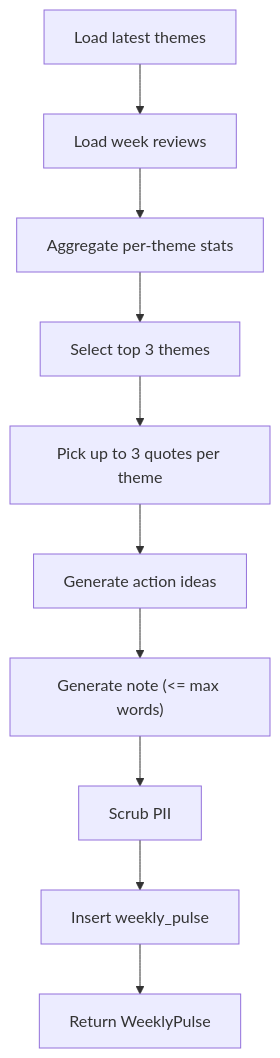
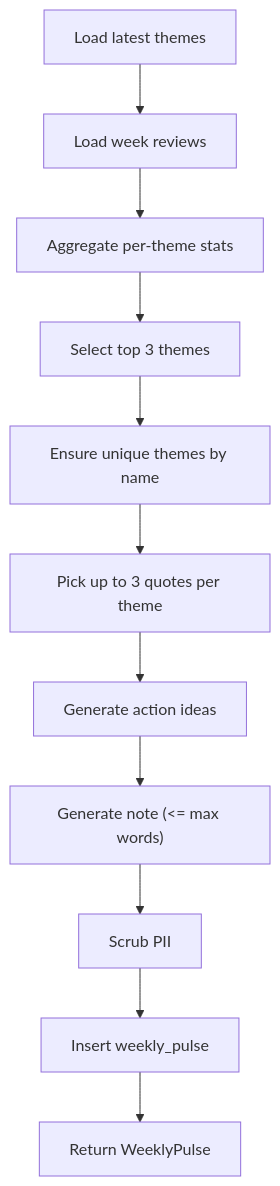
The fifth of 8 diagrams in .qoder/repowiki/en/content/Phase 2_ Advanced Analytics & Automation/Theme Generation & Management.md (aravinthraj-ramalingam/Groww-App-Review-Insights-Analyzer-), drawn with Mermaid before and after one commit. The commit also changed other lines of this file and 5 other files, not shown here.

````diff
--- a/.qoder/repowiki/en/content/Phase 2_ Advanced Analytics & Automation/Theme Generation & Management.md
+++ b/.qoder/repowiki/en/content/Phase 2_ Advanced Analytics & Automation/Theme Generation & Management.md
@@ -280,12 +303,13 @@
 ```mermaid
 flowchart TD
 A["Load latest themes"] --> B["Load week reviews"]
 B --> C["Aggregate per-theme stats"]
 C --> D["Select top 3 themes"]
-D --> E["Pick up to 3 quotes per theme"]
-E --> F["Generate action ideas"]
-F --> G["Generate note (<= max words)"]
-G --> H["Scrub PII"]
-H --> I["Insert weekly_pulse"]
-I --> J["Return WeeklyPulse"]
+D --> E["Ensure unique themes by name"]
+E --> F["Pick up to 3 quotes per theme"]
+F --> G["Generate action ideas"]
+G --> H["Generate note (<= max words)"]
+H --> I["Scrub PII"]
+I --> J["Insert weekly_pulse"]
+J --> K["Return WeeklyPulse"]
 ```
````
